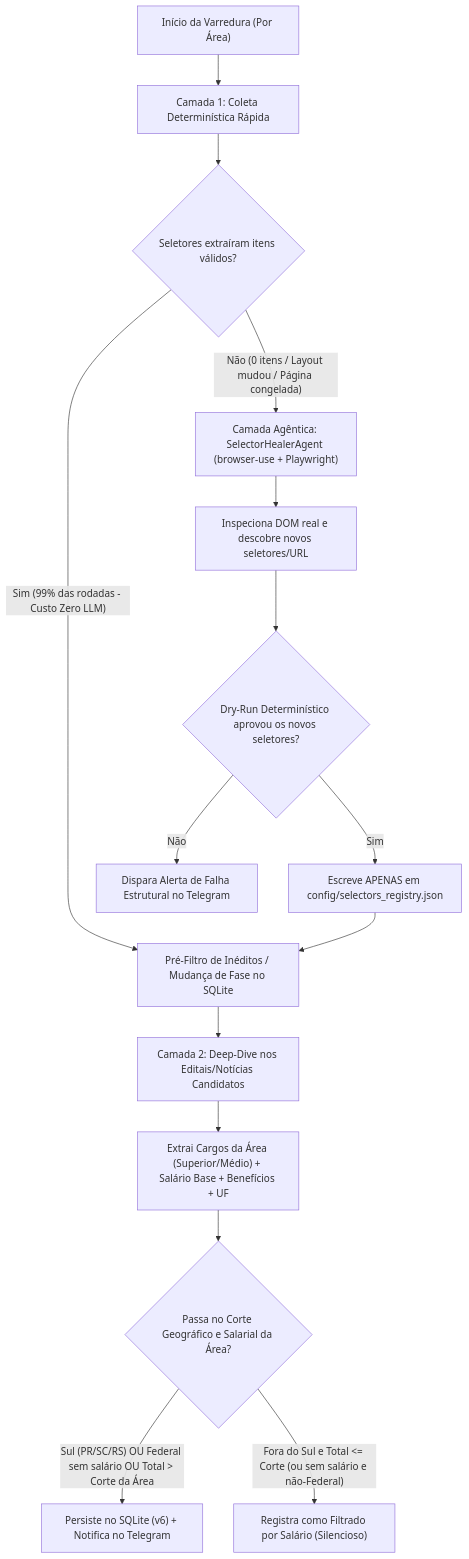
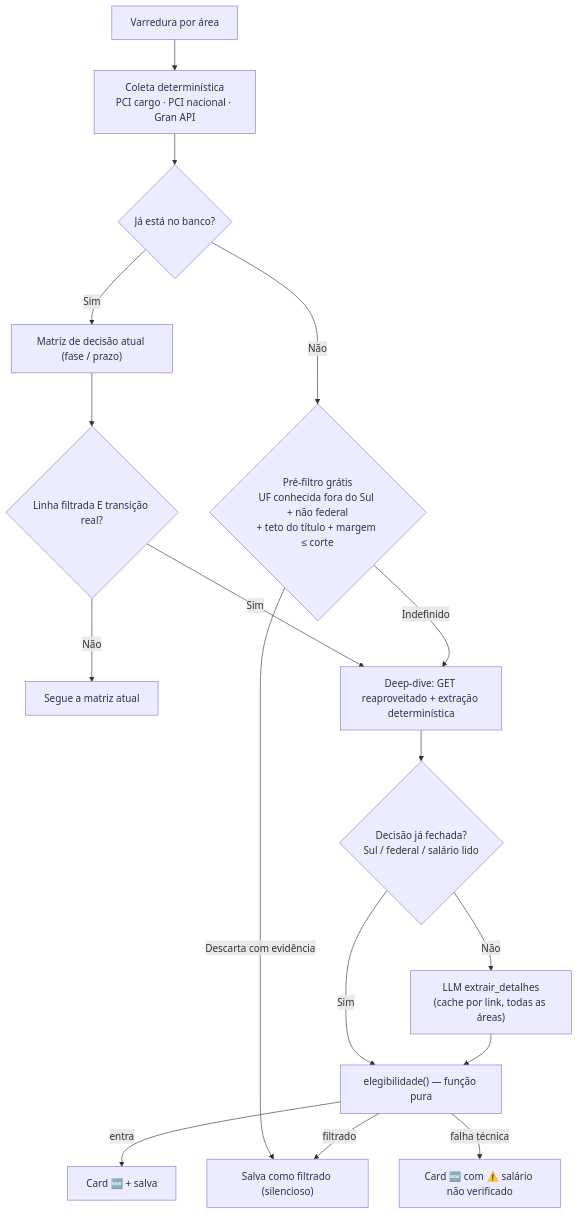
Before and after one commit to lucasmsorrentino/monitor_concursos_ti: the diagram in PLANO_EVOLUCAO_AGENTICA.md, drawn with Mermaid. The commit also changed other lines of this file and 1 other file, not shown here.

First line of the commit message:
docs: plano de evolucao v2 (Gran via API do WordPress, elegibilidade fail-open, healer no backlog)

````diff
--- a/PLANO_EVOLUCAO_AGENTICA.md
+++ b/PLANO_EVOLUCAO_AGENTICA.md
@@ -28,17 +58,19 @@
 ```mermaid
 flowchart TD
-    A["Início da Varredura (Por Área)"] --> B["Camada 1: Coleta Determinística Rápida"]
-    B --> C{"Seletores extraíram itens válidos?"}
-    C -- "Sim (99% das rodadas - Custo Zero LLM)" --> D["Pré-Filtro de Inéditos / Mudança de Fase no SQLite"]
-    C -- "Não (0 itens / Layout mudou / Página congelada)" --> E["Camada Agêntica: SelectorHealerAgent (browser-use + Playwright)"]
-    E --> F["Inspeciona DOM real e descobre novos seletores/URL"]
-    F --> G{"Dry-Run Determinístico aprovou os novos seletores?"}
-    G -- "Sim" --> H["Escreve APENAS em config/selectors_registry.json"]
-    H --> D
-    G -- "Não" --> I["Dispara Alerta de Falha Estrutural no Telegram"]
-    D --> J["Camada 2: Deep-Dive nos Editais/Notícias Candidatos"]
-    J --> K["Extrai Cargos da Área (Superior/Médio) + Salário Base + Benefícios + UF"]
-    K --> L{"Passa no Corte Geográfico e Salarial da Área?"}
-    L -- "Sul (PR/SC/RS) OU Federal sem salário OU Total > Corte da Área" --> M["Persiste no SQLite (v6) + Notifica no Telegram"]
-    L -- "Fora do Sul e Total <= Corte (ou sem salário e não-Federal)" --> N["Registra como Filtrado por Salário (Silencioso)"]
+    A["Varredura por área"] --> B["Coleta determinística<br/>PCI cargo · PCI nacional · Gran API"]
+    B --> C{"Já está no banco?"}
+    C -- "Sim" --> D["Matriz de decisão atual (fase / prazo)"]
+    D --> D2{"Linha filtrada E transição real?"}
+    D2 -- "Não" --> Z["Segue a matriz atual"]
+    D2 -- "Sim" --> F
+    C -- "Não" --> E{"Pré-filtro grátis<br/>UF conhecida fora do Sul + não federal<br/>+ teto do título + margem ≤ corte"}
+    E -- "Descarta com evidência" --> N["Salva como filtrado (silencioso)"]
+    E -- "Indefinido" --> F["Deep-dive: GET reaproveitado + extração determinística"]
+    F --> G{"Decisão já fechada?<br/>Sul / federal / salário lido"}
+    G -- "Não" --> H["LLM extrair_detalhes<br/>(cache por link, todas as áreas)"]
+    G -- "Sim" --> I
+    H --> I["elegibilidade() — função pura"]
+    I -- "entra" --> M["Card 🆕 + salva"]
+    I -- "filtrado" --> N
+    I -- "falha técnica" --> M2["Card 🆕 com ⚠️ salário não verificado"]
 ```
````
